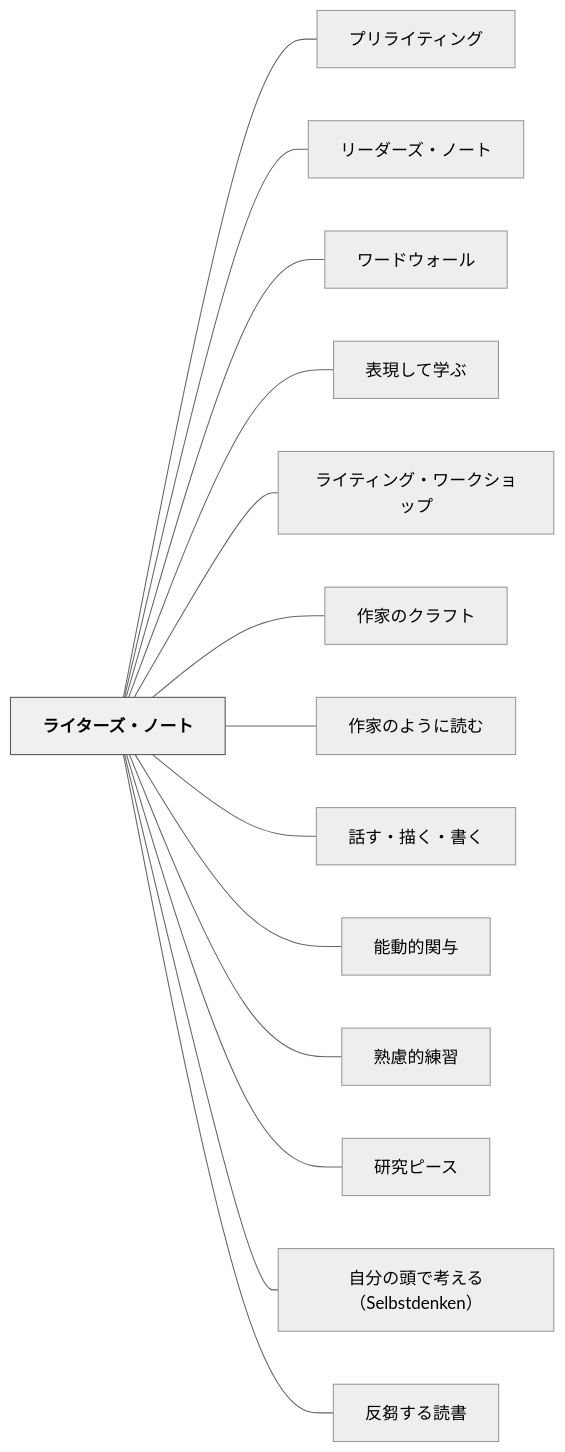
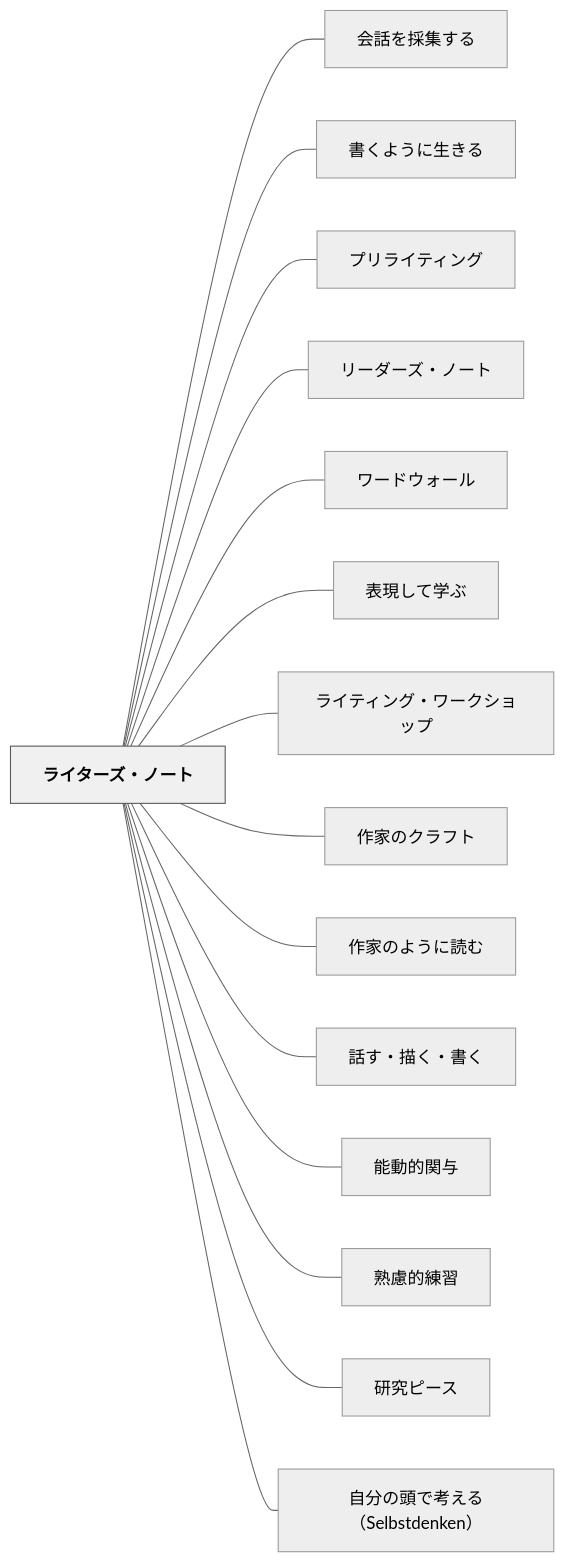
One commit to unknownthings-ed-patterns/unknownthings-ed-patterns changed the diagram in content/パタン/ライターズ・ノート.md. Above: the diagram before and after it, drawn with Mermaid (neutral theme). The commit also changed other lines of this file and 185 other files, not shown here.

````diff
--- a/content/パタン/ライターズ・ノート.md
+++ b/content/パタン/ライターズ・ノート.md
@@ -277,34 +279,36 @@
 ```mermaid
 flowchart LR
     ne383a9e382a4e382bfe383bce382bae383bbe3838ee383bce38388["ライターズ・ノート"]
+    ne4bc9ae8a9b1e38292e68ea1e99b86e38199e3828b["会話を採集する"]
+    ne69bb8e3818fe38288e38186e381abe7949fe3818de3828b["書くように生きる"]
     ne38397e383aae383a9e382a4e38386e382a3e383b3e382b0["プリライティング"]
     ne383aae383bce38380e383bce382bae383bbe3838ee383bce38388["リーダーズ・ノート"]
     ne383afe383bce38389e382a6e382a9e383bce383ab["ワードウォール"]
     ne8a1a8e78fbee38197e381a6e5ada6e381b6["表現して学ぶ"]
     ne383a9e382a4e38386e382a3e383b3e382b0e383bbe383afe383bce382afe382b7e383a7e38383e38397["ライティング・ワークショップ"]
     ne4bd9ce5aeb6e381aee382afe383a9e38395e38388["作家のクラフト"]
     ne4bd9ce5aeb6e381aee38288e38186e381abe8aaade38280["作家のように読む"]
     ne8a9b1e38199e383bbe68f8fe3818fe383bbe69bb8e3818f["話す・描く・書く"]
     ne883bde58b95e79a84e996a2e4b88e["能動的関与"]
     ne7869fe685aee79a84e7b7b4e7bf92["熟慮的練習"]
     ne7a094e7a9b6e38394e383bce382b9["研究ピース"]
     ne887aae58886e381aee9a0ade381a7e88083e38188e3828befbc8853656c62737464656e6b656eefbc89["自分の頭で考える（Selbstdenken）"]
-    ne58f8de88abbe38199e3828be8aaade69bb8["反芻する読書"]
 
+    ne383a9e382a4e382bfe383bce382bae383bbe3838ee383bce38388 --- ne4bc9ae8a9b1e38292e68ea1e99b86e38199e3828b
+    ne383a9e382a4e382bfe383bce382bae383bbe3838ee383bce38388 --- ne69bb8e3818fe38288e38186e381abe7949fe3818de3828b
     ne383a9e382a4e382bfe383bce382bae383bbe3838ee383bce38388 --- ne38397e383aae383a9e382a4e38386e382a3e383b3e382b0
     ne383a9e382a4e382bfe383bce382bae383bbe3838ee383bce38388 --- ne383aae383bce38380e383bce382bae383bbe3838ee383bce38388
     ne383a9e382a4e382bfe383bce382bae383bbe3838ee383bce38388 --- ne383afe383bce38389e382a6e382a9e383bce383ab
     ne383a9e382a4e382bfe383bce382bae383bbe3838ee383bce38388 --- ne8a1a8e78fbee38197e381a6e5ada6e381b6
     ne383a9e382a4e382bfe383bce382bae383bbe3838ee383bce38388 --- ne383a9e382a4e38386e382a3e383b3e382b0e383bbe383afe383bce382afe382b7e383a7e38383e38397
     ne383a9e382a4e382bfe383bce382bae383bbe3838ee383bce38388 --- ne4bd9ce5aeb6e381aee382afe383a9e38395e38388
     ne383a9e382a4e382bfe383bce382bae383bbe3838ee383bce38388 --- ne4bd9ce5aeb6e381aee38288e38186e381abe8aaade38280
     ne383a9e382a4e382bfe383bce382bae383bbe3838ee383bce38388 --- ne8a9b1e38199e383bbe68f8fe3818fe383bbe69bb8e3818f
     ne383a9e382a4e382bfe383bce382bae383bbe3838ee383bce38388 --- ne883bde58b95e79a84e996a2e4b88e
     ne383a9e382a4e382bfe383bce382bae383bbe3838ee383bce38388 --- ne7869fe685aee79a84e7b7b4e7bf92
     ne383a9e382a4e382bfe383bce382bae383bbe3838ee383bce38388 --- ne7a094e7a9b6e38394e383bce382b9
     ne383a9e382a4e382bfe383bce382bae383bbe3838ee383bce38388 --- ne887aae58886e381aee9a0ade381a7e88083e38188e3828befbc8853656c62737464656e6b656eefbc89
-    ne383a9e382a4e382bfe383bce382bae383bbe3838ee383bce38388 --- ne58f8de88abbe38199e3828be8aaade69bb8
 
     classDef hub fill:#f0f0f0,stroke:#555,color:#000,font-weight:bold
     class ne383a9e382a4e382bfe383bce382bae383bbe3838ee383bce38388 hub
 ```
````
